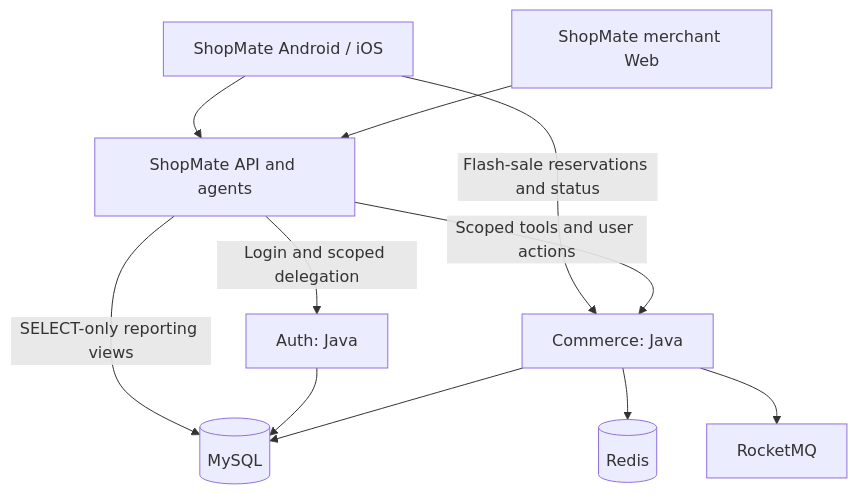
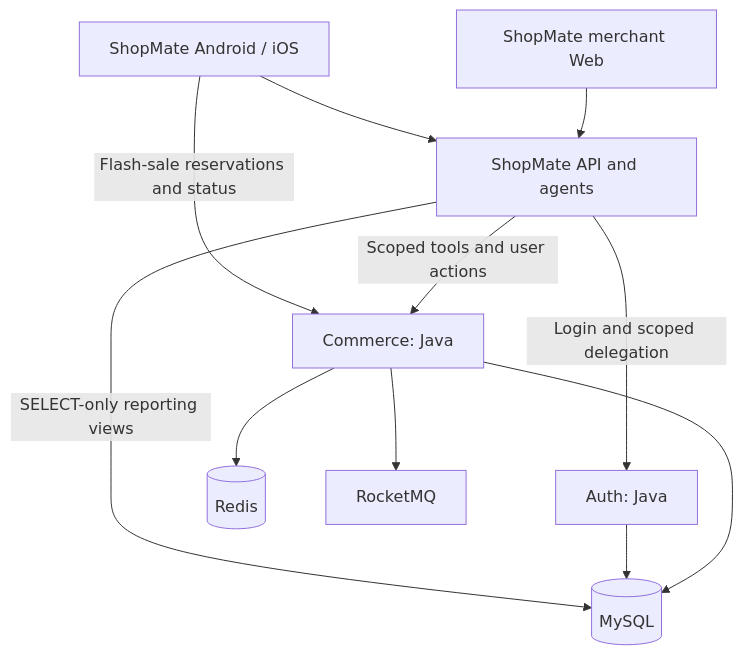
Before and after one commit to ChanTso/citybuddy: the diagram in README.md, drawn with Mermaid. The commit also changed 1 other file, not shown here.

Commit message:
docs: leave room for diagram navigation controls

````diff
--- a/README.md
+++ b/README.md
@@ -47,13 +47,13 @@
 ```mermaid
 flowchart TB
     Client[ShopMate Android / iOS] --> Host[ShopMate API and agents]
     Web[ShopMate merchant Web] --> Host
     Client -->|Flash-sale reservations and status| Commerce[Commerce: Java]
     Host -->|Login and scoped delegation| Auth[Auth: Java]
     Host -->|Scoped tools and user actions| Commerce
     Host -->|SELECT-only reporting views| DB[(MySQL)]
     Auth --> DB
-    Commerce --> DB
+    Commerce ---> DB
     Commerce --> Redis[(Redis)]
     Commerce --> MQ[RocketMQ]
 ```
````
